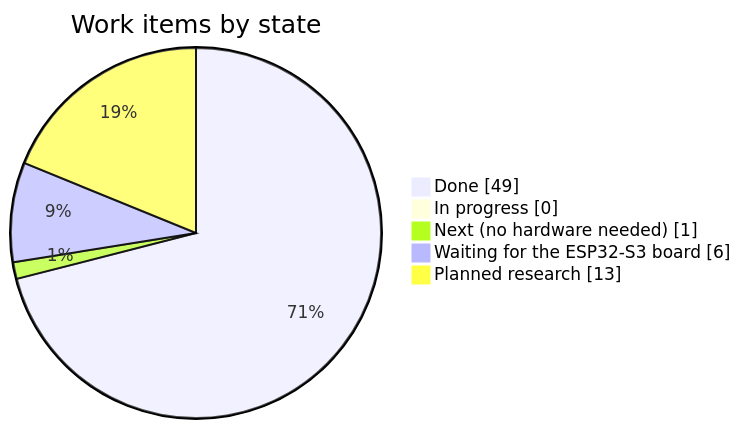
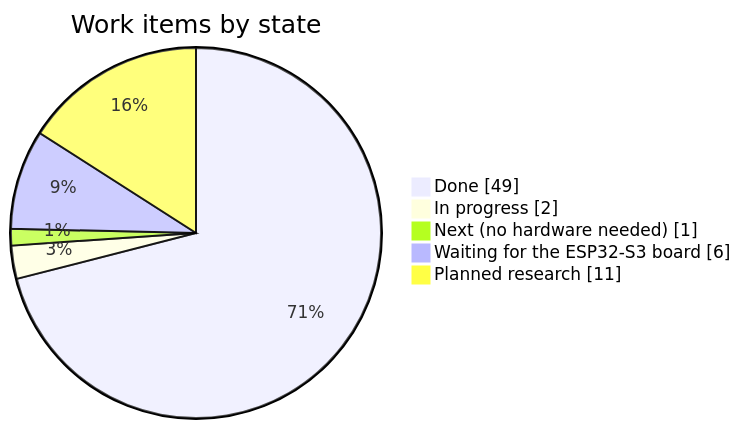
One commit to marcelpetrick/ESP32-Tiny-LLM changed the first of 3 diagrams in plan.md. Above: the diagram before and after it, drawn with Mermaid. The commit also changed other lines of this file and 25 other files, not shown here.

````diff
--- a/plan.md
+++ b/plan.md
@@ -14,9 +14,9 @@
 ```mermaid
 pie showData
     title Work items by state
     "Done" : 49
-    "In progress" : 0
+    "In progress" : 2
     "Next (no hardware needed)" : 1
     "Waiting for the ESP32-S3 board" : 6
-    "Planned research" : 13
+    "Planned research" : 11
 ```
````
